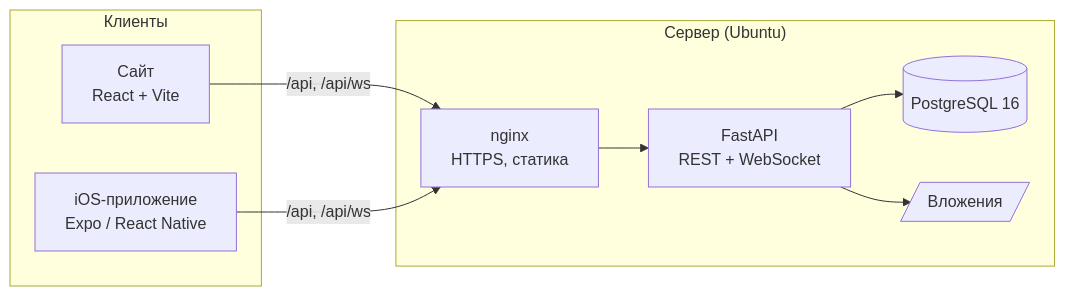
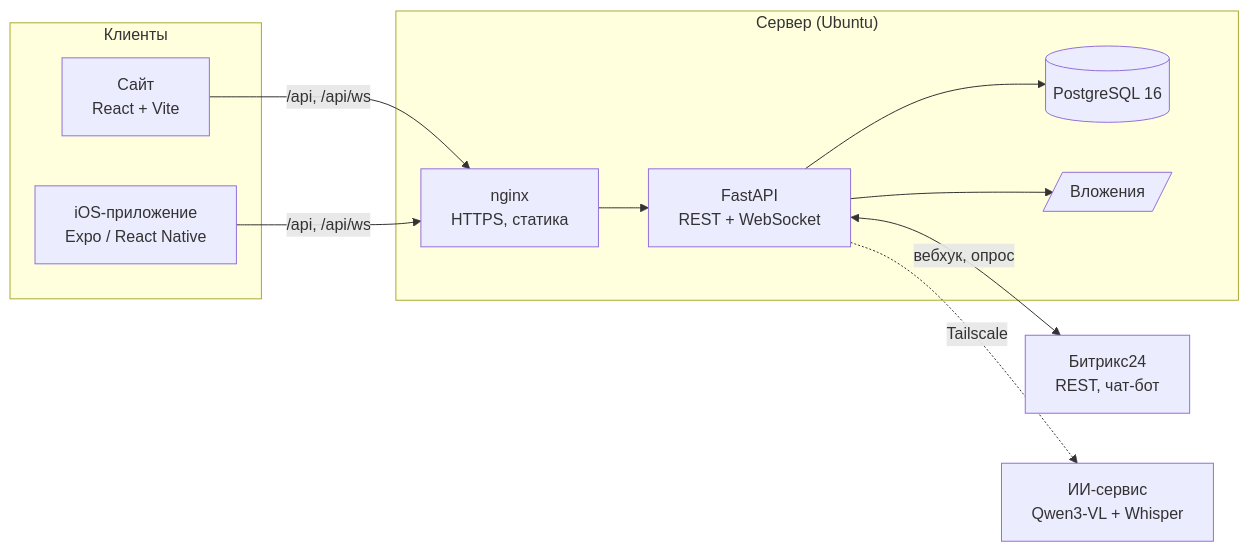
Before and after one commit to Modus-trade/modus: the first of 2 diagrams in README.md, drawn with Mermaid. The commit also changed other lines of this file and 7 other files, not shown here.

````diff
--- a/README.md
+++ b/README.md
@@ -108,18 +91,22 @@
 ```mermaid
 flowchart LR
     subgraph Клиенты
         W["Сайт<br/>React + Vite"]
         M["iOS-приложение<br/>Expo / React Native"]
     end
     subgraph Сервер["Сервер (Ubuntu)"]
         N["nginx<br/>HTTPS, статика"]
         B["FastAPI<br/>REST + WebSocket"]
         D[("PostgreSQL 16")]
         F[/"Вложения"/]
     end
+    X["Битрикс24<br/>REST, чат-бот"]
+    AI["ИИ-сервис<br/>Qwen3-VL + Whisper"]
     W -- "/api, /api/ws" --> N
     M -- "/api, /api/ws" --> N
     N --> B
     B --> D
     B --> F
+    B <-- "вебхук, опрос" --> X
+    B -. "Tailscale" .-> AI
 ```
````
